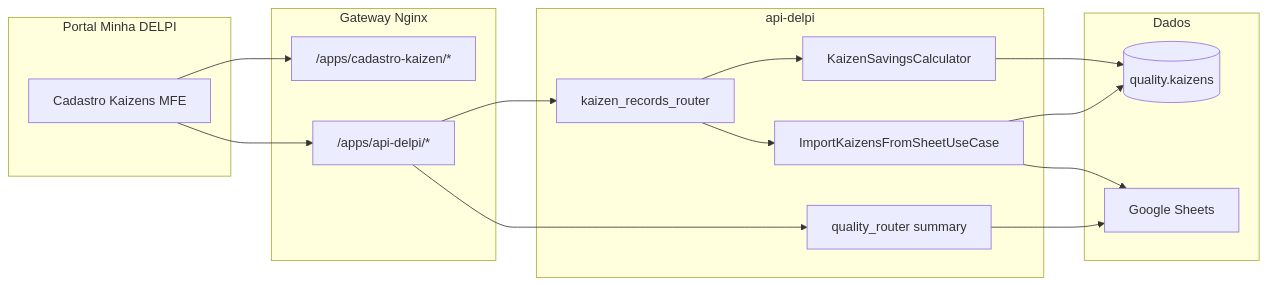
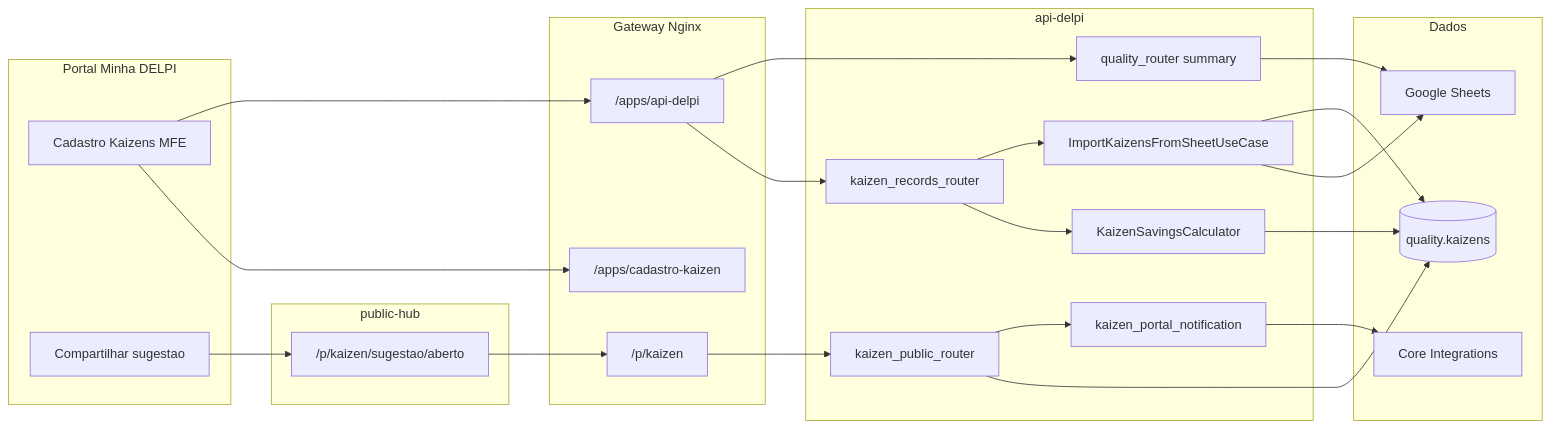
The diagram in plugins/cadastro-kaizen/docs/DOCUMENTACAO.md (roberiooliveiradev/delpi-central), drawn with Mermaid before and after one commit. The commit also changed other lines of this file and 6 other files, not shown here.

First line of the commit message:
docs(cadastro-kaizen): alinhamento com sugestão pública, statuses e QR.

````diff
--- a/plugins/cadastro-kaizen/docs/DOCUMENTACAO.md
+++ b/plugins/cadastro-kaizen/docs/DOCUMENTACAO.md
@@ -18,32 +19,45 @@
 ```mermaid
 flowchart LR
   subgraph portal [Portal Minha DELPI]
     UI[Cadastro Kaizens MFE]
+    Share[Compartilhar sugestao]
+  end
+
+  subgraph publicHub [public-hub]
+    Form["/p/kaizen/sugestao/aberto"]
   end
 
   subgraph gateway [Gateway Nginx]
-    G1["/apps/cadastro-kaizen/*"]
-    G2["/apps/api-delpi/*"]
+    G1["/apps/cadastro-kaizen"]
+    G2["/apps/api-delpi"]
+    G3["/p/kaizen"]
   end
 
   subgraph api [api-delpi]
     R[kaizen_records_router]
+    P[kaizen_public_router]
+    N[kaizen_portal_notification]
     S[quality_router summary]
     UC[ImportKaizensFromSheetUseCase]
     CALC[KaizenSavingsCalculator]
   end
 
   subgraph data [Dados]
     PG[(quality.kaizens)]
     GS[Google Sheets]
+    Core[Core Integrations]
   end
 
   UI --> G1
   UI --> G2
+  Share --> Form
+  Form --> G3 --> P
+  P --> PG
+  P --> N --> Core
   G2 --> R
   R --> CALC --> PG
   R --> UC
   UC --> GS
   UC --> PG
   G2 --> S --> GS
 ```
````
